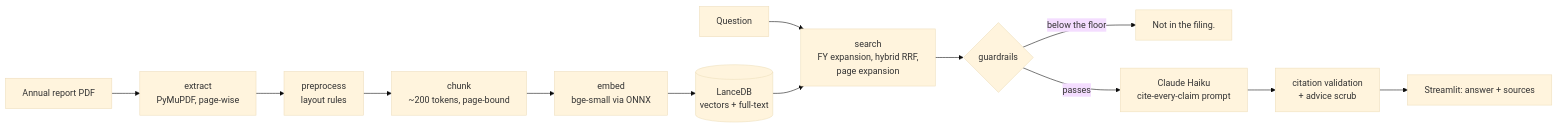
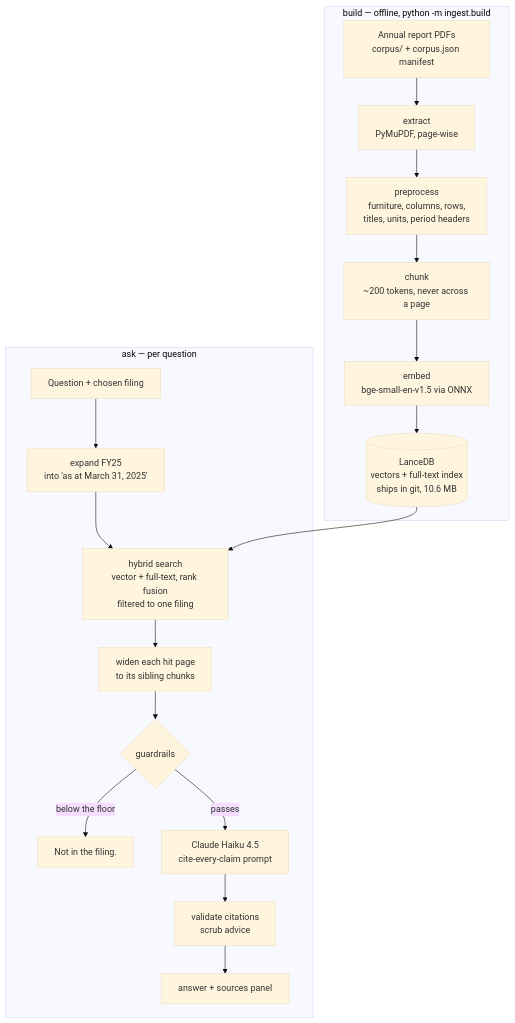
The diagram in README.md (shivank2703/folio), drawn with Mermaid (base theme) before and after one commit. The commit also changed other lines of this file and 2 other files, not shown here.

First line of the commit message:
README: what it does, how a citation is made, and what it cannot do

````diff
--- a/README.md
+++ b/README.md
@@ -31,15 +32,21 @@
 ```mermaid
-flowchart LR
-    PDF[Annual report PDF] --> EX[extract<br/>PyMuPDF, page-wise]
-    EX --> PRE[preprocess<br/>layout rules]
-    PRE --> CH[chunk<br/>~200 tokens, page-bound]
-    CH --> EM[embed<br/>bge-small via ONNX]
-    EM --> DB[(LanceDB<br/>vectors + full-text)]
-    Q[Question] --> SE[search<br/>FY expansion, hybrid RRF,<br/>page expansion]
-    DB --> SE
-    SE --> G{guardrails}
-    G -->|below the floor| R[Not in the filing.]
-    G -->|passes| GEN[Claude Haiku<br/>cite-every-claim prompt]
-    GEN --> V[citation validation<br/>+ advice scrub]
-    V --> UI[Streamlit: answer + sources]
+flowchart TB
+    subgraph build["build — offline, python -m ingest.build"]
+        PDF[Annual report PDFs<br/>corpus/ + corpus.json manifest] --> EX[extract<br/>PyMuPDF, page-wise]
+        EX --> PRE[preprocess<br/>furniture, columns, rows,<br/>titles, units, period headers]
+        PRE --> CH[chunk<br/>~200 tokens, never across a page]
+        CH --> EM[embed<br/>bge-small-en-v1.5 via ONNX]
+        EM --> DB[(LanceDB<br/>vectors + full-text index<br/>ships in git, 10.6 MB)]
+    end
+    subgraph ask["ask — per question"]
+        Q[Question + chosen filing] --> FY[expand FY25<br/>into 'as at March 31, 2025']
+        FY --> HY[hybrid search<br/>vector + full-text, rank fusion<br/>filtered to one filing]
+        DB --> HY
+        HY --> PX[widen each hit page<br/>to its sibling chunks]
+        PX --> G{guardrails}
+        G -->|below the floor| R[Not in the filing.]
+        G -->|passes| GEN[Claude Haiku 4.5<br/>cite-every-claim prompt]
+        GEN --> V[validate citations<br/>scrub advice]
+        V --> UI[answer + sources panel]
+    end
 ```
````
